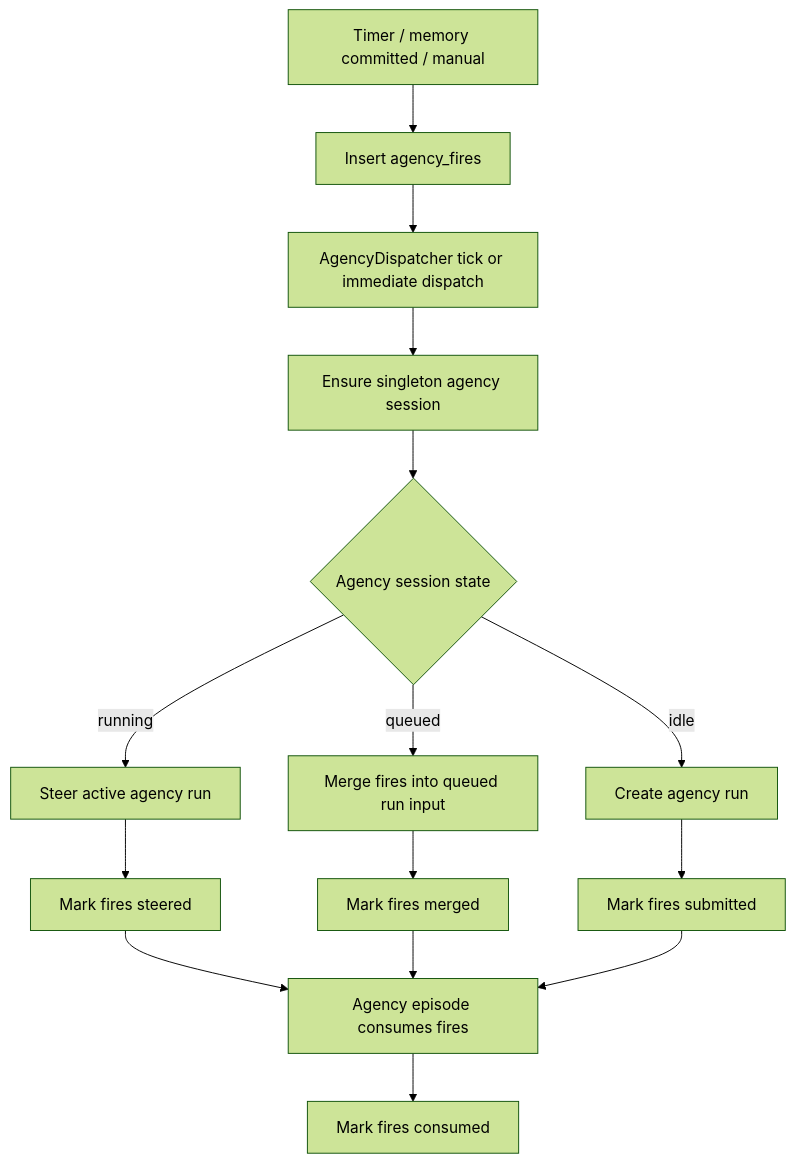
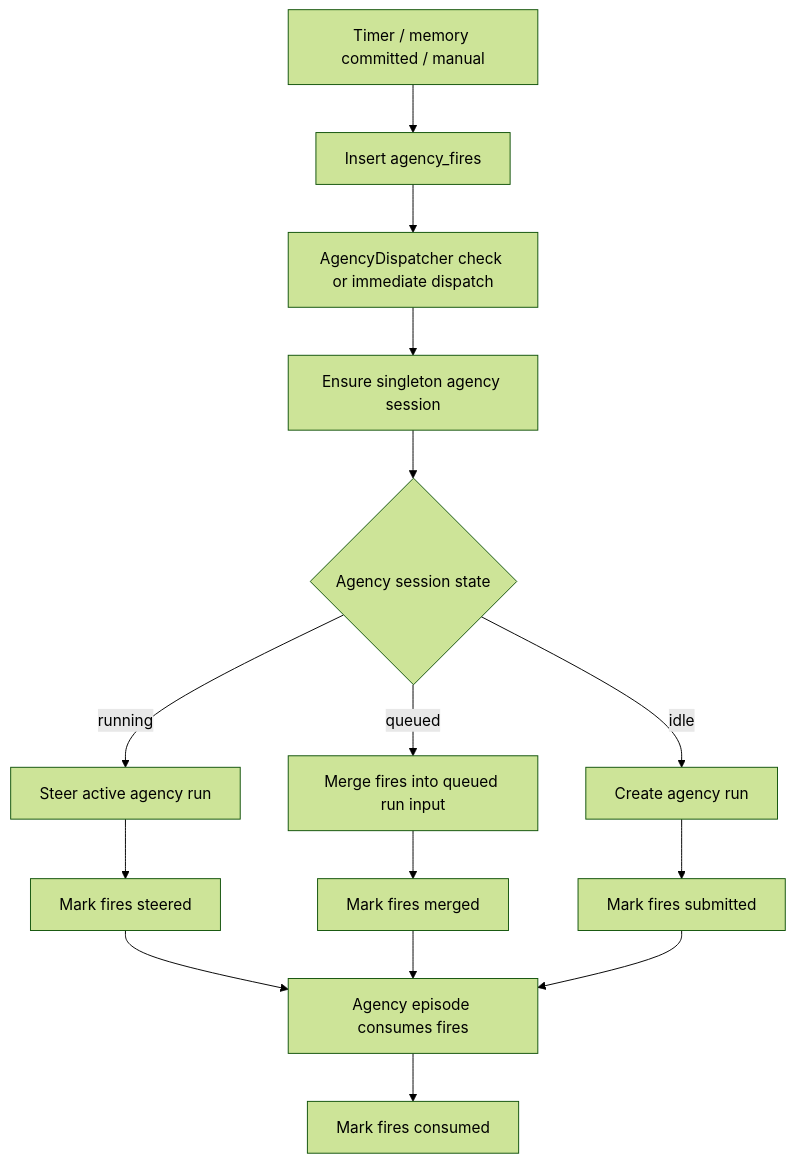
The second of 4 diagrams in packages/ya-claw/spec/11-session-agency.md (Alexsu26/ya-mono), drawn with Mermaid (forest theme) before and after one commit. The commit also changed other lines of this file and 19 other files, not shown here.

````diff
--- a/packages/ya-claw/spec/11-session-agency.md
+++ b/packages/ya-claw/spec/11-session-agency.md
@@ -205,17 +205,17 @@
 ```mermaid
 flowchart TD
     T[Timer / memory committed / manual] --> F[Insert agency_fires]
-    F --> D[AgencyDispatcher tick or immediate dispatch]
+    F --> D[AgencyDispatcher check or immediate dispatch]
     D --> S[Ensure singleton agency session]
     S --> A{Agency session state}
     A -->|running| R[Steer active agency run]
     A -->|queued| M[Merge fires into queued run input]
     A -->|idle| C[Create agency run]
     R --> RS[Mark fires steered]
     M --> MS[Mark fires merged]
     C --> CS[Mark fires submitted]
     RS --> E[Agency episode consumes fires]
     MS --> E
     CS --> E
     E --> X[Mark fires consumed]
 ```
````
